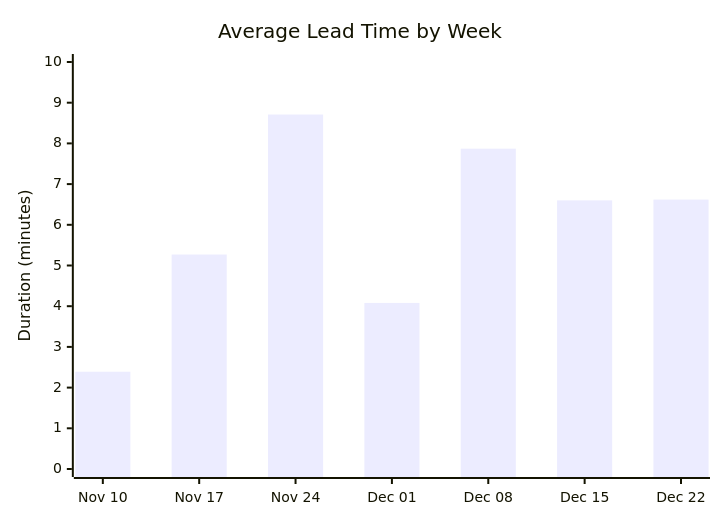
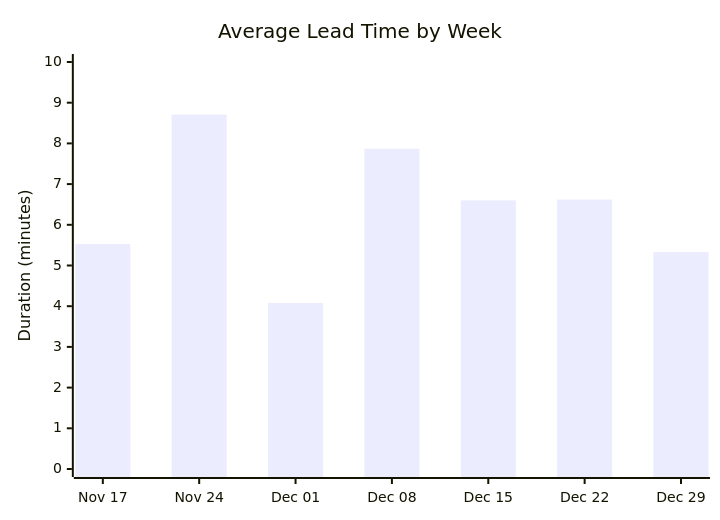
One commit to ukma-cs-ssdm-2025/rate-ukma changed the second of 4 diagrams in docs/ci-cd/dora-summary.md. Above: the diagram before and after it, drawn with Mermaid. The commit also changed other lines of this file, not shown here.

````diff
--- a/docs/ci-cd/dora-summary.md
+++ b/docs/ci-cd/dora-summary.md
@@ -29,7 +30,7 @@
 ```mermaid
 xychart-beta
     title "Average Lead Time by Week"
-    x-axis ["Nov 10", "Nov 17", "Nov 24", "Dec 01", "Dec 08", "Dec 15", "Dec 22"]
+    x-axis ["Nov 17", "Nov 24", "Dec 01", "Dec 08", "Dec 15", "Dec 22", "Dec 29"]
     y-axis "Duration (minutes)" 0 --> 10
-    bar [2.39, 5.27, 8.71, 4.08, 7.87, 6.60, 6.62]
+    bar [5.53, 8.71, 4.08, 7.87, 6.60, 6.62, 5.33]
 ```
````
